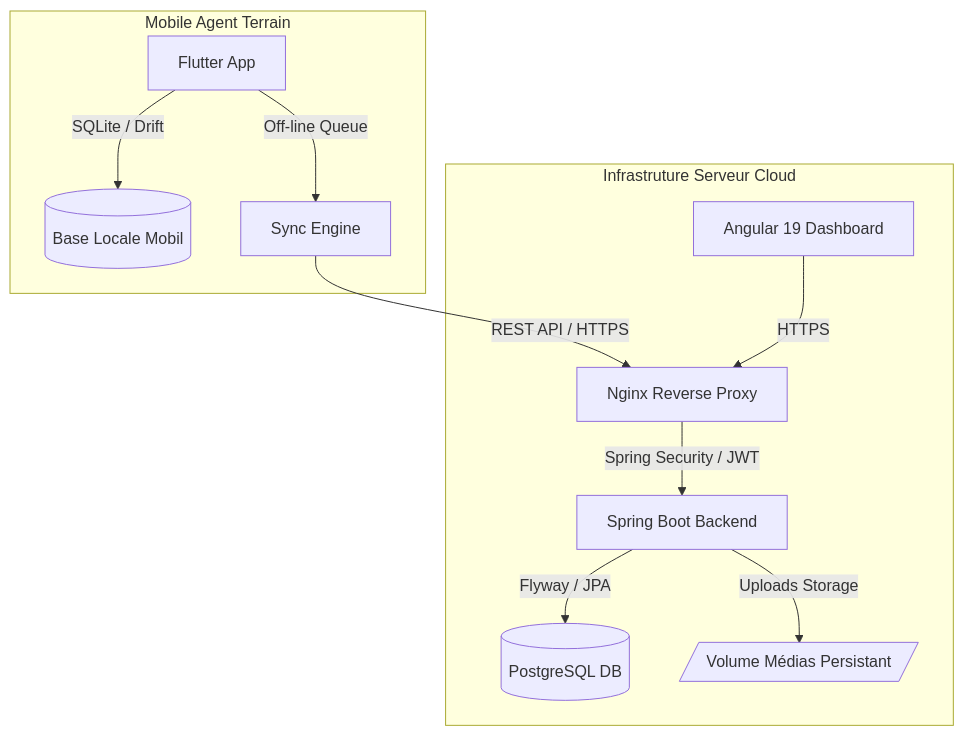
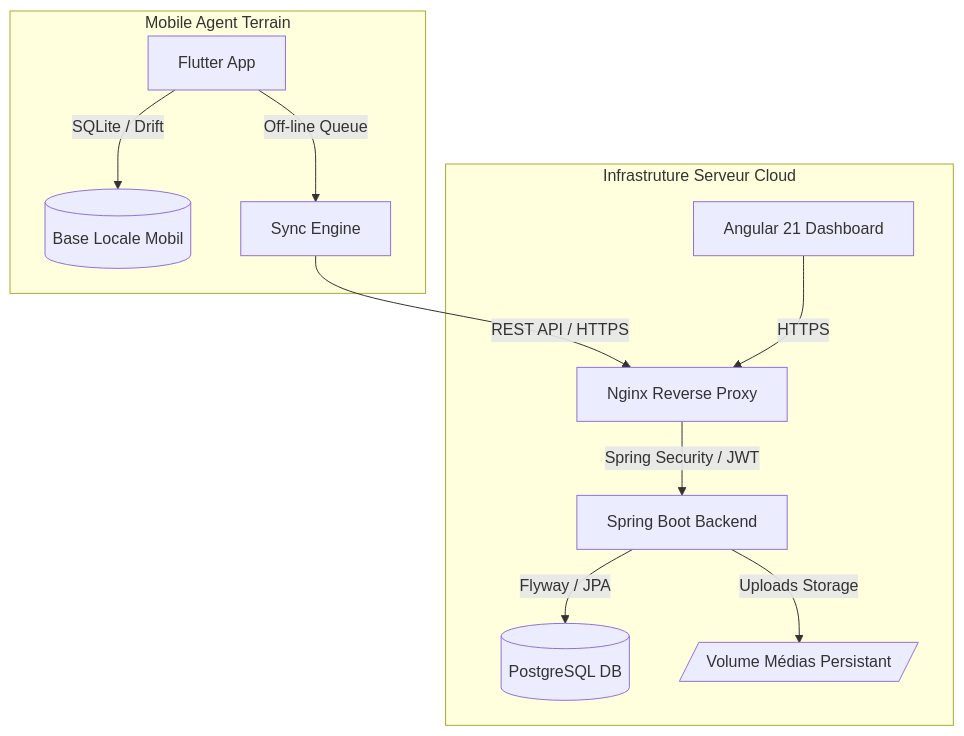
Before and after one commit to Diakite-Moussa/CollectPro: the diagram in README.md, drawn with Mermaid. The commit also changed other lines of this file and 49 other files, not shown here.

````diff
--- a/README.md
+++ b/README.md
@@ -42,15 +45,15 @@
 ```mermaid
 graph TD
     subgraph Mobile Agent Terrain
         A[Flutter App] -->|SQLite / Drift| B[(Base Locale Mobil)]
         A -->|Off-line Queue| C[Sync Engine]
     end
 
     subgraph Infrastruture Serveur Cloud
         C -->|REST API / HTTPS| D[Nginx Reverse Proxy]
-        E[Angular 19 Dashboard] -->|HTTPS| D
+        E[Angular 21 Dashboard] -->|HTTPS| D
         D -->|Spring Security / JWT| F[Spring Boot Backend]
         F -->|Flyway / JPA| G[(PostgreSQL DB)]
         F -->|Uploads Storage| H[/Volume Médias Persistant/]
     end
 ```
````
